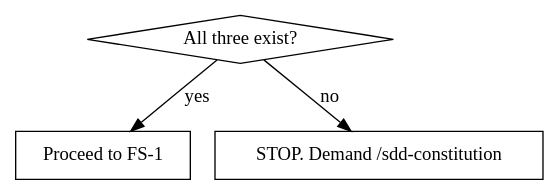
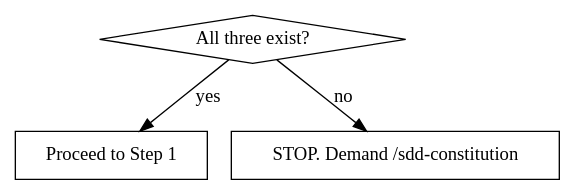
The diagram in skills/sdd-write-spec/SKILL.md (isaackolamide/sdd-harness), drawn with Graphviz before and after one commit. The commit also changed other lines of this file and 3 other files, not shown here.

````diff
--- a/skills/sdd-write-spec/SKILL.md
+++ b/skills/sdd-write-spec/SKILL.md
@@ -25,10 +28,10 @@
 ```dot
 digraph constitution_check {
     "All three exist?" [shape=diamond];
-    "Proceed to FS-1" [shape=box];
+    "Proceed to Step 1" [shape=box];
     "STOP. Demand /sdd-constitution" [shape=box];
 
-    "All three exist?" -> "Proceed to FS-1" [label="yes"];
+    "All three exist?" -> "Proceed to Step 1" [label="yes"];
     "All three exist?" -> "STOP. Demand /sdd-constitution" [label="no"];
 }
 ```
````
